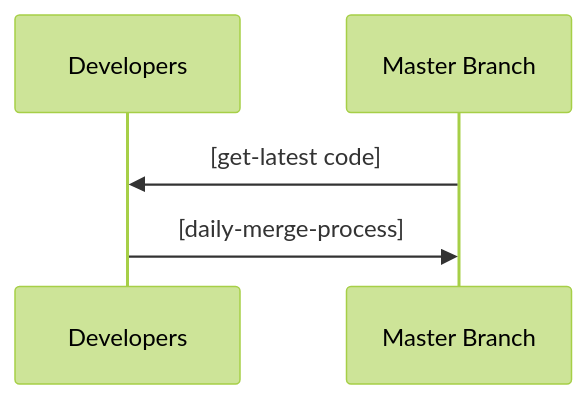
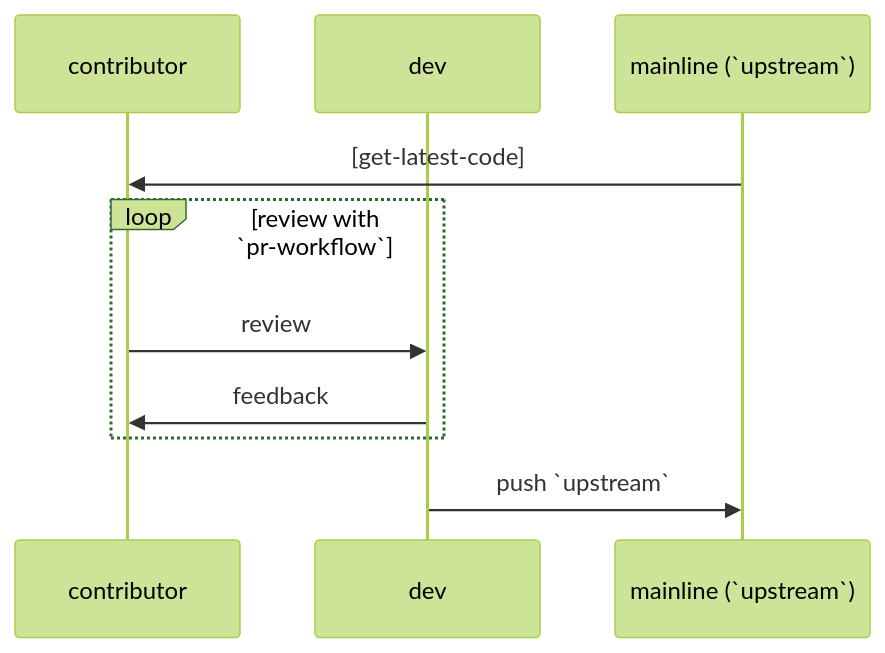
The second of 4 diagrams in workflows/cwntflow_trunk_based.md (cwnt-io/mgmt), drawn with Mermaid (forest theme) before and after one commit. The commit also changed other lines of this file and 1 other file, not shown here.

````diff
--- a/workflows/cwntflow_trunk_based.md
+++ b/workflows/cwntflow_trunk_based.md
@@ -217,8 +68,13 @@
 ```mermaid
 sequenceDiagram
-participant D as Developers
-participant M as Master Branch
+participant C as contributor
+participant D as dev
+participant M as mainline (`upstream`)
 
-M ->> D: [get-latest code]
-D ->> M: [daily-merge-process]
+M ->> C: [get-latest-code]
+loop review with `pr-workflow`
+  C ->> D: review
+  D ->> C: feedback
+end
+D ->> M: push `upstream`
 ```
````
